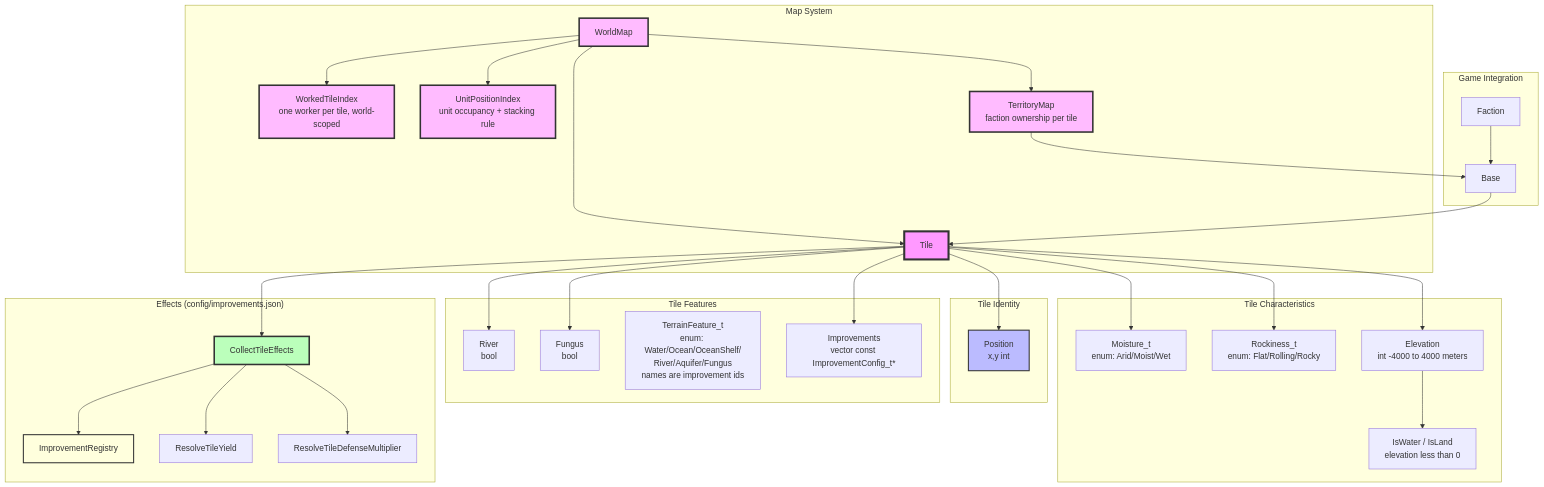
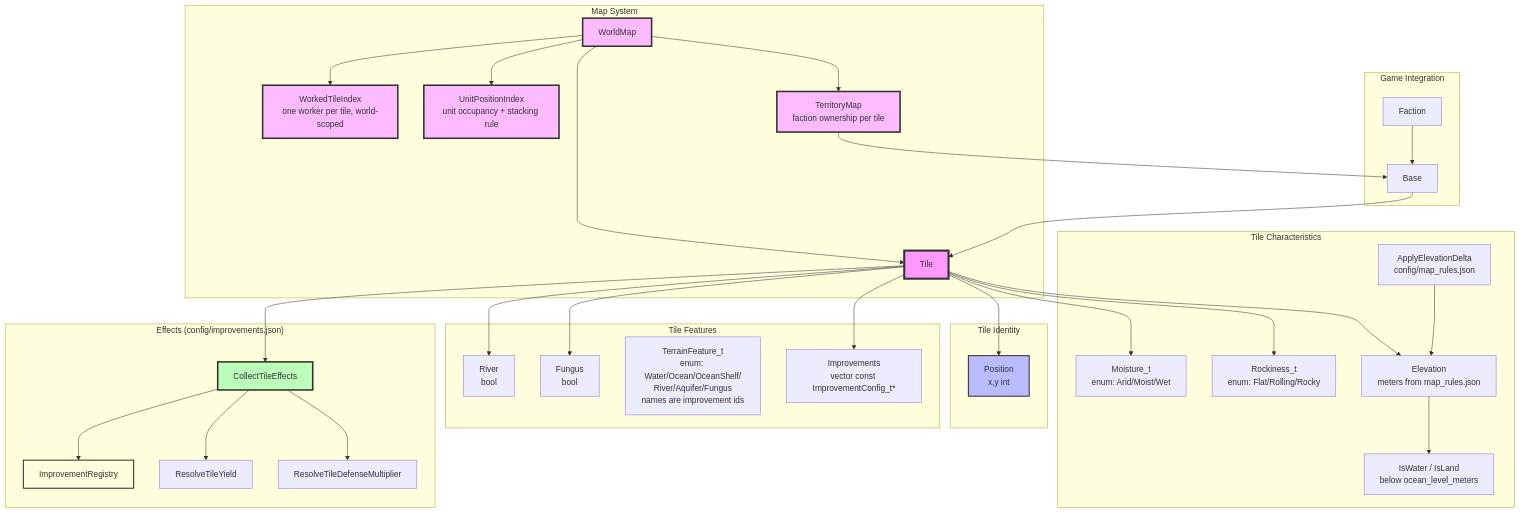
Before and after one commit to kilianloftis/alpha-centauri: the first of 3 diagrams in docs/architecture/map-system.md, drawn with Mermaid. The commit also changed other lines of this file and 101 other files, not shown here.

````diff
--- a/docs/architecture/map-system.md
+++ b/docs/architecture/map-system.md
@@ -3,69 +3,71 @@
 ```mermaid
 graph TB
     subgraph "Map System"
         WorldMap[WorldMap]
         Tile[Tile]
         WorkedTileIndex[WorkedTileIndex<br/>one worker per tile, world-scoped]
         UnitPositionIndex[UnitPositionIndex<br/>unit occupancy + stacking rule]
         TerritoryMap[TerritoryMap<br/>faction ownership per tile]
     end
 
     subgraph "Tile Identity"
         Position[Position<br/>x,y int]
     end
 
     subgraph "Tile Characteristics"
         Moisture_t[Moisture_t<br/>enum: Arid/Moist/Wet]
         Rockiness_t[Rockiness_t<br/>enum: Flat/Rolling/Rocky]
-        Elevation[Elevation<br/>int -4000 to 4000 meters]
-        LandSea[IsWater / IsLand<br/>elevation less than 0]
+        Elevation[Elevation<br/>meters from map_rules.json]
+        ElevationChange[ApplyElevationDelta<br/>config/map_rules.json]
+        LandSea[IsWater / IsLand<br/>below ocean_level_meters]
     end
 
     subgraph "Tile Features"
         River[River<br/>bool]
         Fungus[Fungus<br/>bool]
         TerrainFeature_t[TerrainFeature_t<br/>enum: Water/Ocean/OceanShelf/<br/>River/Aquifer/Fungus<br/>names are improvement ids]
         Improvements[Improvements<br/>vector const ImprovementConfig_t*]
     end
 
     subgraph "Effects (config/improvements.json)"
         ImprovementRegistry[ImprovementRegistry]
         CollectTileEffects[CollectTileEffects]
         ResolveTileYield[ResolveTileYield]
         ResolveTileDefenseMultiplier[ResolveTileDefenseMultiplier]
     end
 
     subgraph "Game Integration"
         Base[Base]
         Faction[Faction]
     end
 
     WorldMap --> Tile
     WorldMap --> WorkedTileIndex
     WorldMap --> UnitPositionIndex
     WorldMap --> TerritoryMap
     Tile --> Position
     Tile --> Moisture_t
     Tile --> Rockiness_t
     Tile --> Elevation
+    ElevationChange --> Elevation
     Elevation --> LandSea
     Tile --> River
     Tile --> Fungus
     Tile --> Improvements
     Tile --> CollectTileEffects
     CollectTileEffects --> ImprovementRegistry
     CollectTileEffects --> ResolveTileYield
     CollectTileEffects --> ResolveTileDefenseMultiplier
     TerritoryMap --> Base
     Base --> Tile
     Faction --> Base
 
     style Tile fill:#f9f,stroke:#333,stroke-width:4px
     style WorldMap fill:#fbf,stroke:#333,stroke-width:3px
     style Position fill:#bbf,stroke:#333,stroke-width:2px
     style WorkedTileIndex fill:#fbf,stroke:#333,stroke-width:3px
     style UnitPositionIndex fill:#fbf,stroke:#333,stroke-width:3px
     style TerritoryMap fill:#fbf,stroke:#333,stroke-width:3px
     style ImprovementRegistry fill:#ffd,stroke:#333,stroke-width:2px
     style CollectTileEffects fill:#bfb,stroke:#333,stroke-width:3px
 ```
````
